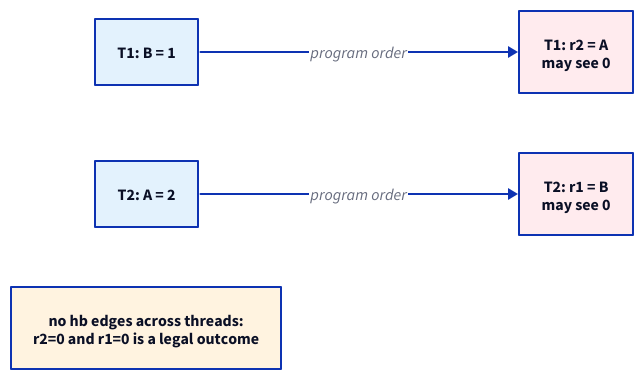
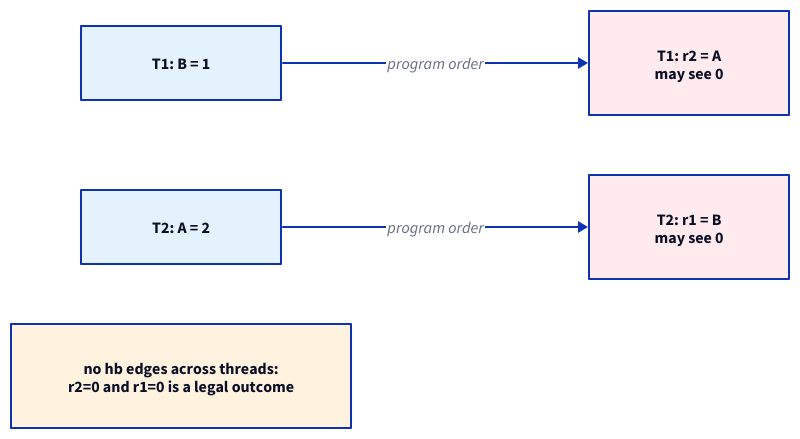
Before and after one commit to LogicAdept/SRS-Obsidian: the diagram in SRS/What reads does the Java Memory Model allow in a data race.md, drawn with D2. The commit also changed 19 other files, not shown here.

````diff
--- a/SRS/What reads does the Java Memory Model allow in a data race.md
+++ b/SRS/What reads does the Java Memory Model allow in a data race.md
@@ -14,10 +14,30 @@
 ```d2
 direction: right
-w1: "T1: B = 1" { style.fill: "#e3f2fd" }
-w2: "T2: A = 2" { style.fill: "#e3f2fd" }
-r1: "T1: r2 = A\nmay see 0" { style.fill: "#ffebee" }
-r2: "T2: r1 = B\nmay see 0" { style.fill: "#ffebee" }
+w1: "T1: B = 1" {
+  width: 200
+  height: 74
+  style.fill: "#e3f2fd"
+}
+w2: "T2: A = 2" {
+  width: 200
+  height: 74
+  style.fill: "#e3f2fd"
+}
+r1: "T1: r2 = A\nmay see 0" {
+  width: 200
+  height: 104
+  style.fill: "#ffebee"
+}
+r2: "T2: r1 = B\nmay see 0" {
+  width: 200
+  height: 104
+  style.fill: "#ffebee"
+}
 w1 -> r1: "program order"
 w2 -> r2: "program order"
-note: "no hb edges across threads:\nr2=0 and r1=0 is a legal outcome" { style.fill: "#fff3e0" }
+note: "no hb edges across threads:\nr2=0 and r1=0 is a legal outcome" {
+  width: 340
+  height: 104
+  style.fill: "#fff3e0"
+}
 ```
````
